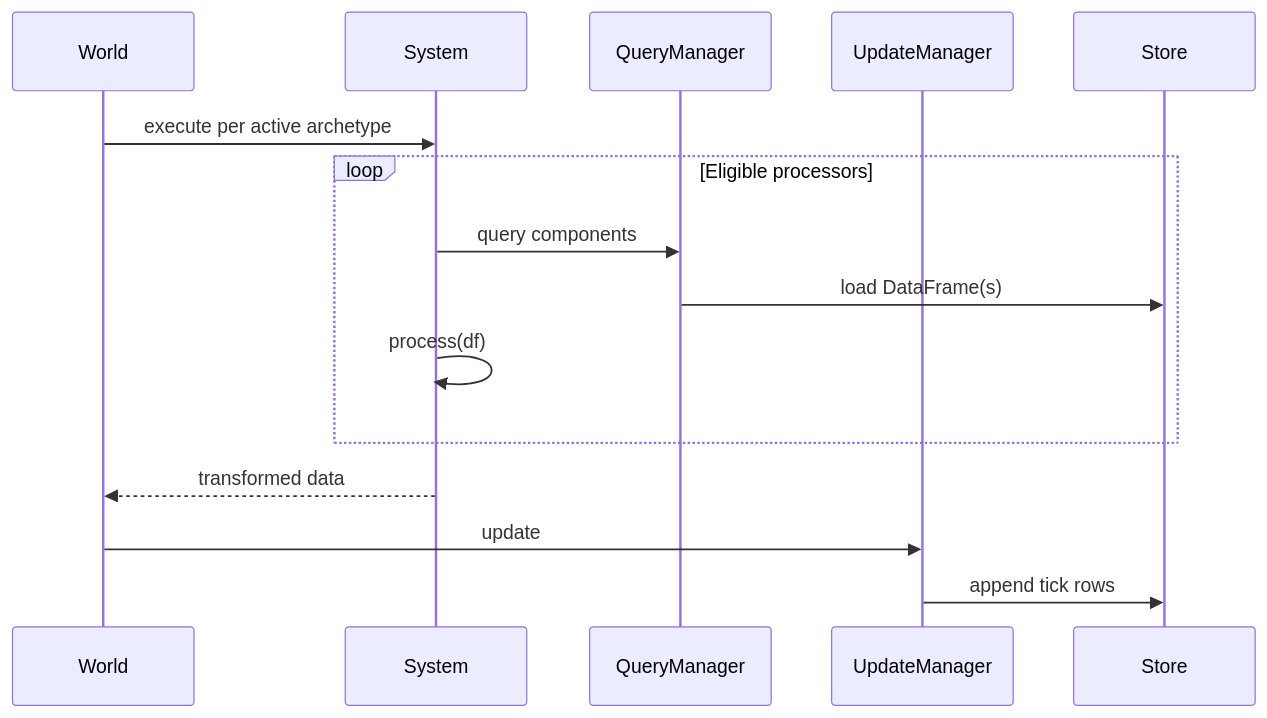
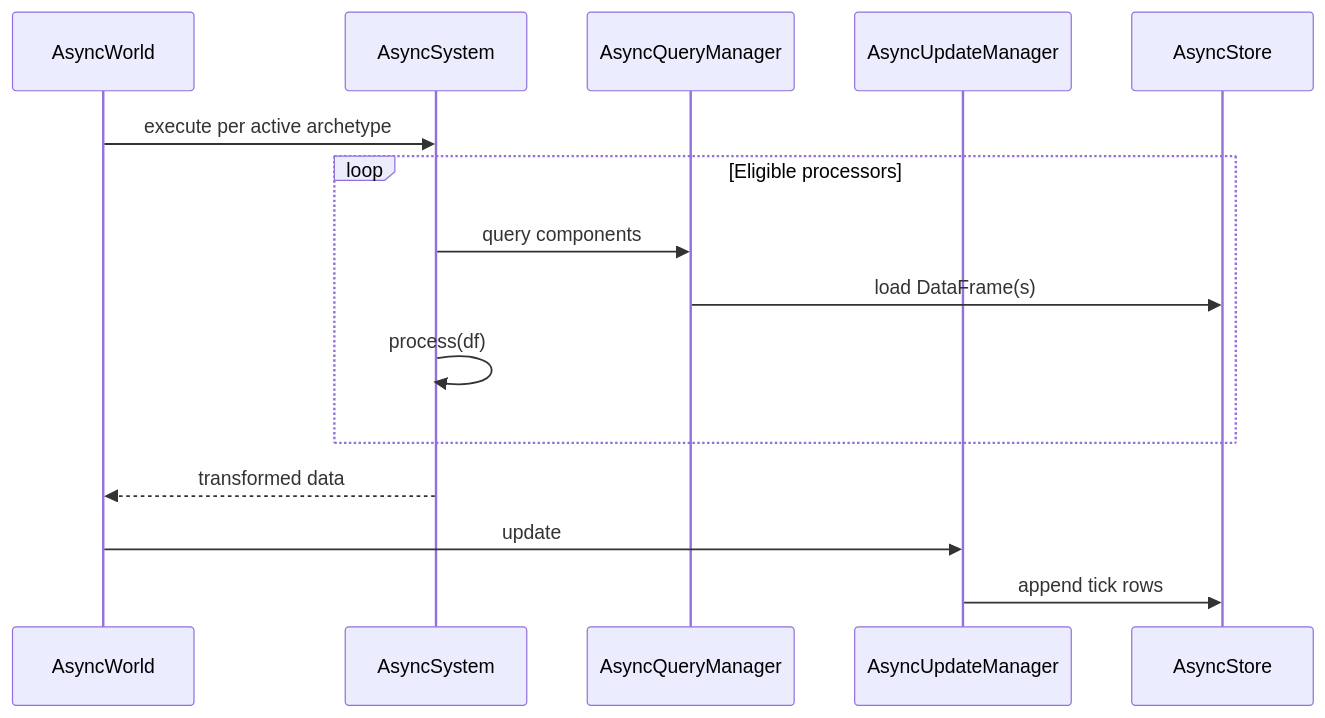
One commit to VangelisTech/archetype changed the second of 3 diagrams in docs/guide/architecture.md. Above: the diagram before and after it, drawn with Mermaid. The commit also changed other lines of this file and 64 other files, not shown here.

````diff
--- a/docs/guide/architecture.md
+++ b/docs/guide/architecture.md
@@ -41,18 +41,18 @@
 ```mermaid
 sequenceDiagram
-    participant World as World
-    participant System as System
-    participant QM as QueryManager
-    participant UM as UpdateManager
-    participant Store as Store
+    participant World as AsyncWorld
+    participant System as AsyncSystem
+    participant QM as AsyncQueryManager
+    participant UM as AsyncUpdateManager
+    participant Store as AsyncStore
 
     World->>System: execute per active archetype
     loop Eligible processors
         System->>QM: query components
         QM->>Store: load DataFrame(s)
         System->>System: process(df)
     end
     System-->>World: transformed data
     World->>UM: update
     UM->>Store: append tick rows
 ```
````
